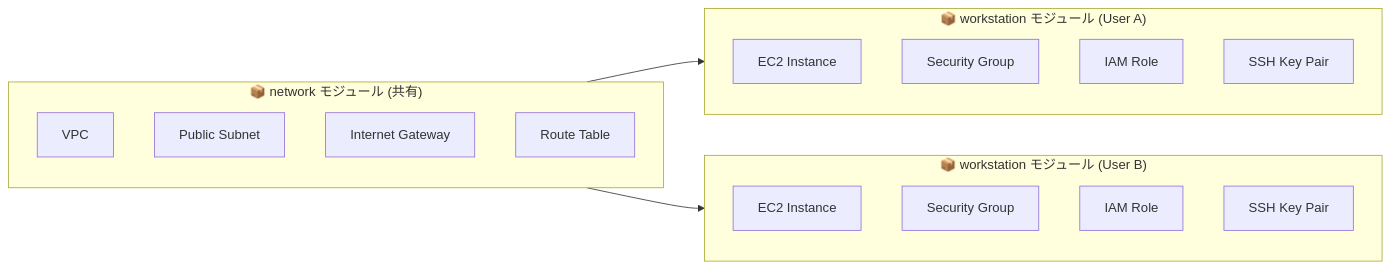
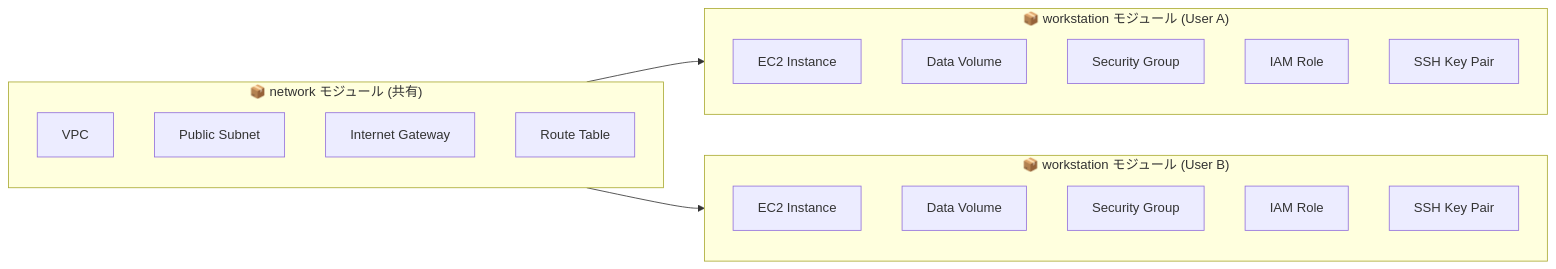
One commit to sukekyo26/ec2-workstation changed the second of 4 diagrams in README.md. Above: the diagram before and after it, drawn with Mermaid. The commit also changed other lines of this file and 17 other files, not shown here.

Commit message:
feat(opentofu)!: keep work data on a separate EBS volume and always follow the latest AMI (#3)

````diff
--- a/README.md
+++ b/README.md
@@ -60,26 +60,28 @@
 ```mermaid
 flowchart LR
     subgraph NetworkStack["📦 network モジュール (共有)"]
         VPC["VPC"]
         Subnet["Public Subnet"]
         IGW["Internet Gateway"]
         RT["Route Table"]
     end
 
     subgraph WorkstationA["📦 workstation モジュール (User A)"]
         EC2A["EC2 Instance"]
+        DVA["Data Volume"]
         SGA["Security Group"]
         IAMA["IAM Role"]
         KPA["SSH Key Pair"]
     end
 
     subgraph WorkstationB["📦 workstation モジュール (User B)"]
         EC2B["EC2 Instance"]
+        DVB["Data Volume"]
         SGB["Security Group"]
         IAMB["IAM Role"]
         KPB["SSH Key Pair"]
     end
 
     NetworkStack --> WorkstationA
     NetworkStack --> WorkstationB
 ```
````
